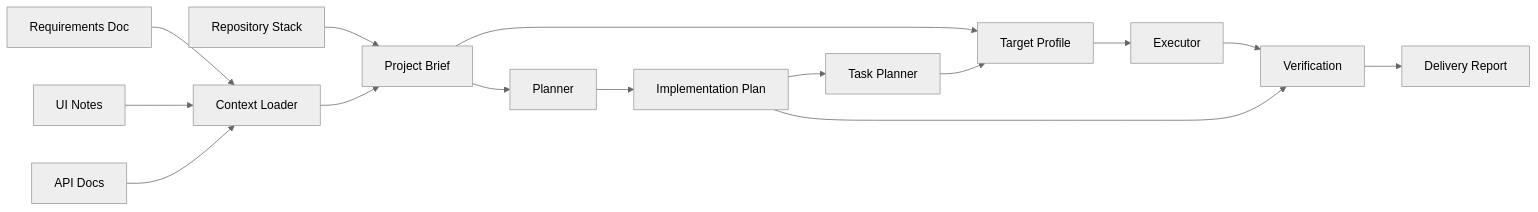
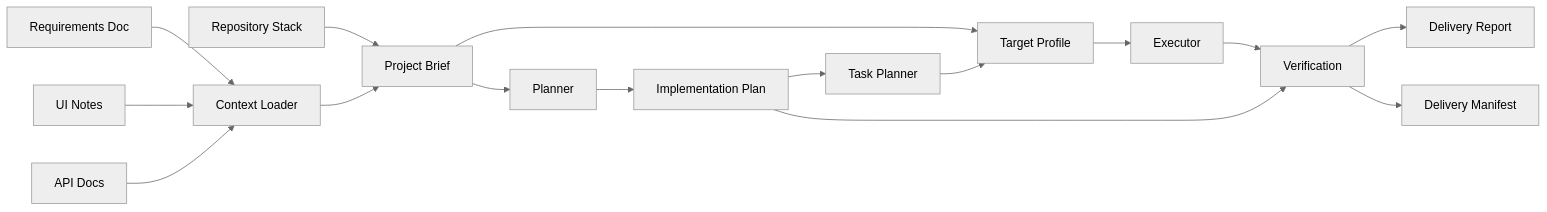
The diagram in docs/architecture.md (WangXueZhi/dev-flow-ai), drawn with Mermaid (neutral theme) before and after one commit. The commit also changed other lines of this file and 12 other files, not shown here.

Commit message:
feat: write delivery artifact manifest

````diff
--- a/docs/architecture.md
+++ b/docs/architecture.md
@@ -7,17 +7,18 @@
 ```mermaid
 flowchart LR
   A["Requirements Doc"] --> D["Context Loader"]
   B["UI Notes"] --> D
   C["API Docs"] --> D
   K["Repository Stack"] --> E["Project Brief"]
   D --> E
   E --> F["Planner"]
   F --> G["Implementation Plan"]
   G --> L["Task Planner"]
   E --> M["Target Profile"]
   L --> M
   M --> H["Executor"]
   H --> I["Verification"]
   G --> I
   I --> J["Delivery Report"]
+  I --> N["Delivery Manifest"]
 ```
````
